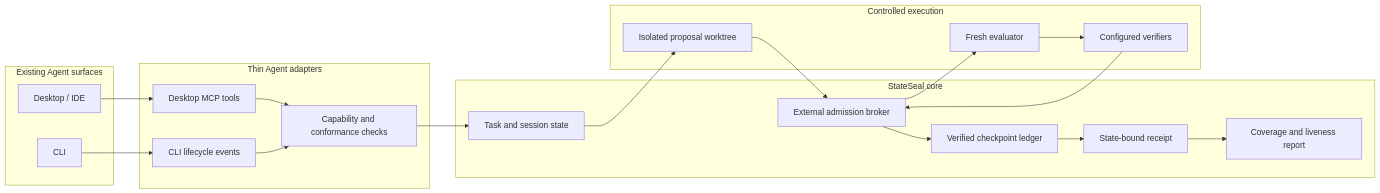
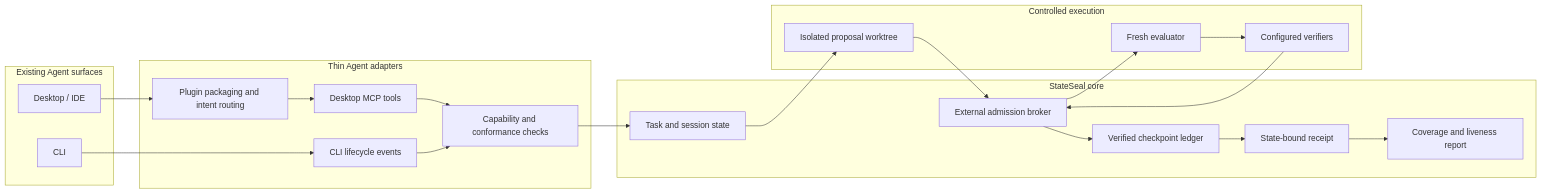
Before and after one commit to hellogxp/stateseal: the second of 2 diagrams in docs/product-map.md, drawn with Mermaid. The commit also changed other lines of this file and 39 other files, not shown here.

````diff
--- a/docs/product-map.md
+++ b/docs/product-map.md
@@ -38,36 +43,37 @@
 ```mermaid
 flowchart LR
     subgraph Existing_Agent["Existing Agent surfaces"]
         CLI["CLI"]
         DESKTOP["Desktop / IDE"]
     end
 
     subgraph Thin_Adapters["Thin Agent adapters"]
+        PLUGIN["Plugin packaging and intent routing"]
         EVENTS["CLI lifecycle events"]
         MCP["Desktop MCP tools"]
         CAP["Capability and conformance checks"]
     end
 
     subgraph StateSeal_Core["StateSeal core"]
         SESSION["Task and session state"]
         BROKER["External admission broker"]
         CHECKPOINT["Verified checkpoint ledger"]
         RECEIPT["State-bound receipt"]
         COVERAGE["Coverage and liveness report"]
     end
 
     subgraph Execution["Controlled execution"]
         PROPOSAL["Isolated proposal worktree"]
         EVALUATOR["Fresh evaluator"]
         VERIFIER["Configured verifiers"]
     end
 
     CLI --> EVENTS
-    DESKTOP --> MCP
+    DESKTOP --> PLUGIN --> MCP
     MCP --> CAP
     EVENTS --> CAP --> SESSION
     SESSION --> PROPOSAL --> BROKER
     BROKER --> EVALUATOR --> VERIFIER
     VERIFIER --> BROKER
     BROKER --> CHECKPOINT --> RECEIPT --> COVERAGE
 ```
````
